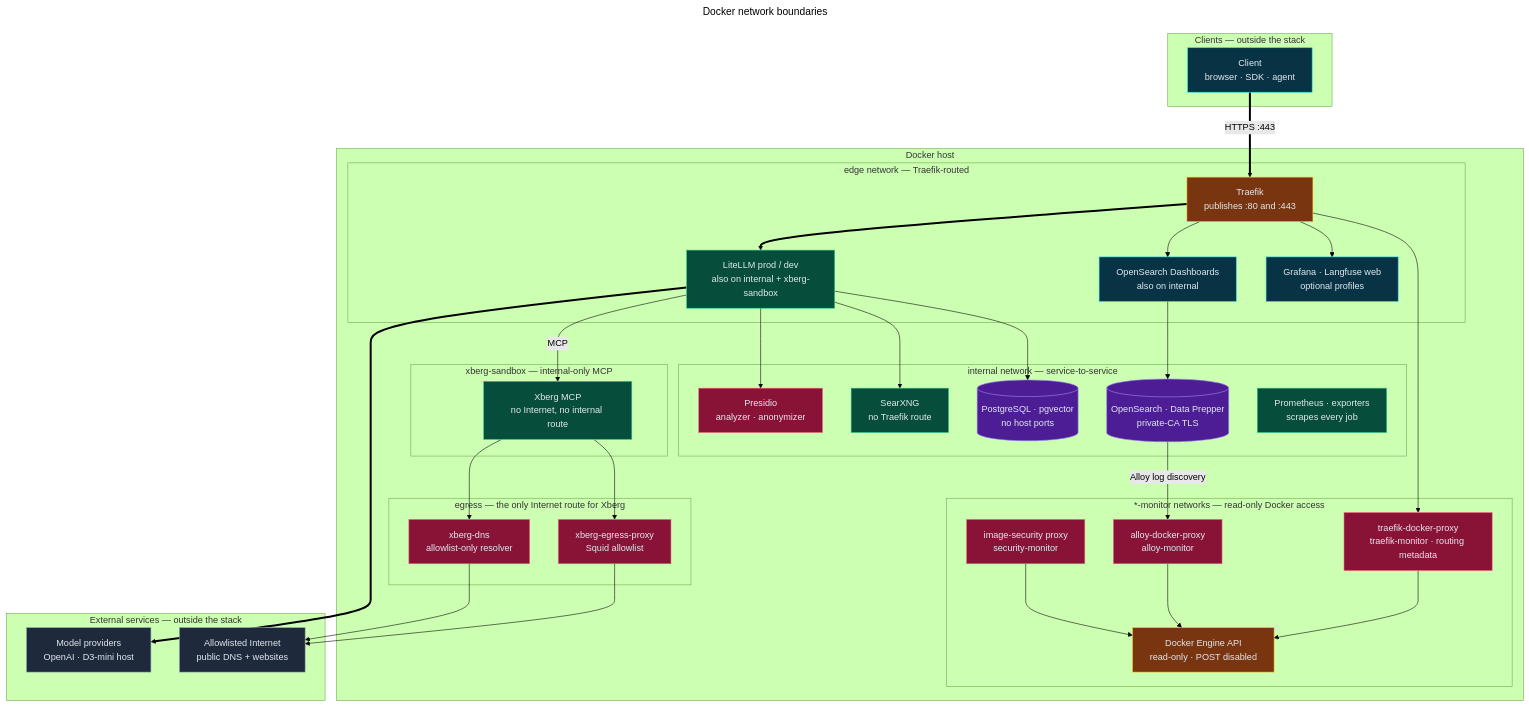
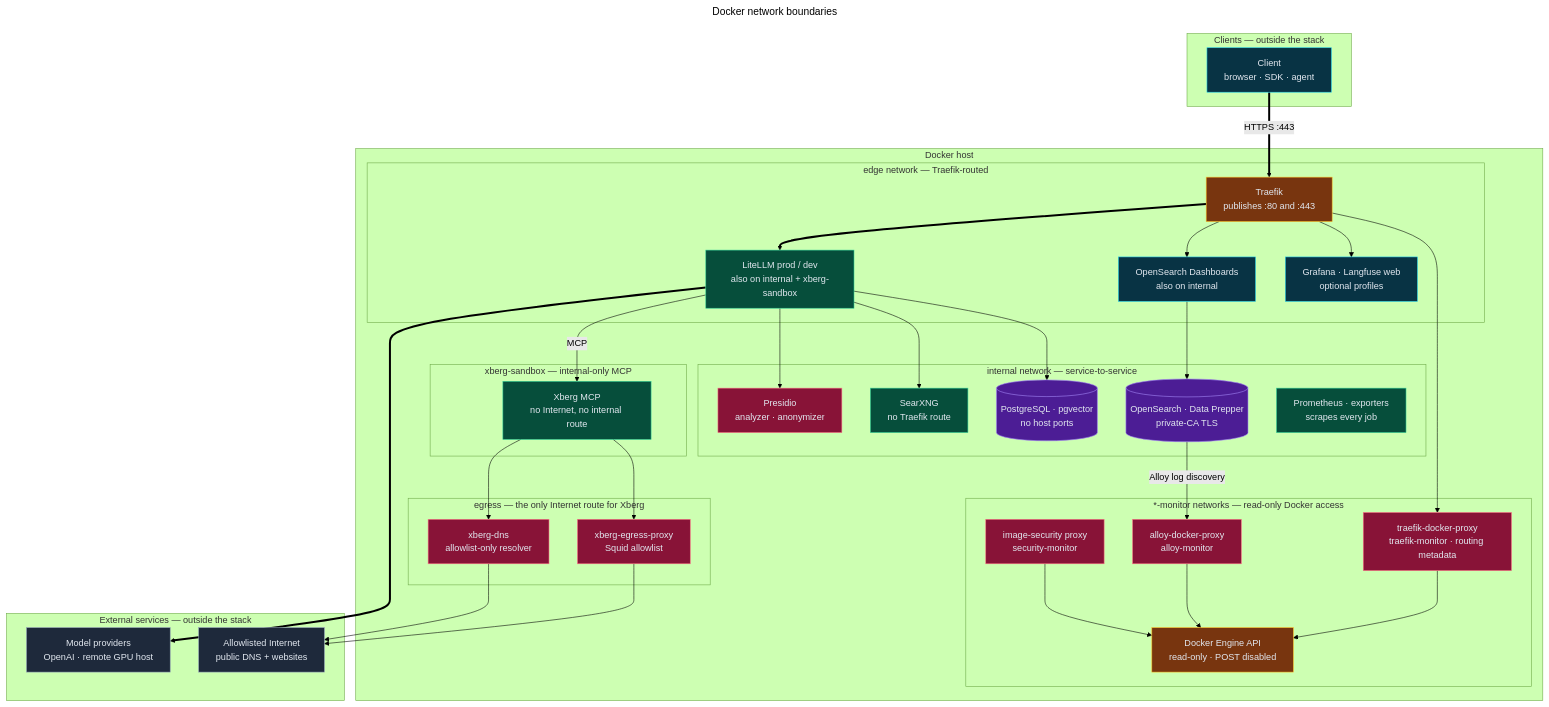
One commit to bella-1337/effective-spoon changed the diagram in diagrams/02-network-boundaries.mmd. Above: the diagram before and after it, drawn with Mermaid (forest theme). The commit also changed 46 other files, not shown here.

First line of the commit message:
Serve D3-mini and BGE-M3 from a separate GPU host stack

```diff
--- a/diagrams/02-network-boundaries.mmd
+++ b/diagrams/02-network-boundaries.mmd
@@ -1,86 +1,86 @@
 ---
 title: Docker network boundaries
 ---
 flowchart TD
   %% Source for 02-network-boundaries.html. Edit this file, then run ./scripts/render-diagrams.py.
   %% Directives: docs in diagrams/README.md (Updating diagrams).
   %% @mode architecture
   %% @subtitle Each Compose network is a trust zone; only Traefik publishes host ports
   %% @card cyan | Ingress | Only Traefik publishes host ports 80 and 443 | edge members are reachable only through a Traefik host rule | SearXNG, databases, and telemetry have no route from clients
   %% @card violet | Isolation | Xberg sits alone on xberg-sandbox with LiteLLM and its proxies | Its outbound HTTPS goes through Squid and its DNS through an allowlist-only resolver | opensearch-certs runs with no network at all
   %% @card rose | Docker socket | Traefik, Alloy, and the image scanner never mount the socket | Each reaches Docker through its own socket proxy on a dedicated network | The proxies allow read-only GET calls; POST is disabled
   %% @tier 0: CLI
   %% @tier 1: TR
   %% @tier 2: LL OSD WEBUI
   %% @tier 3: PR SX DB OS PM
   %% @tier 4: XB
   %% @tier 5: DNS SQ
   %% @tier 6: TDP ADP SDP
   %% @tier 7: DOCK
   %% @tier 8: PROV NET
   %% @journey #22d3ee: CLI TR LL PROV
   %% @journey #34d399: LL XB SQ NET
   %% @journey #fb7185: TR TDP DOCK
 
   subgraph CL["Clients — outside the stack"]
     CLI["Client<br/>browser · SDK · agent"]:::frontend
   end
   subgraph HOST["Docker host"]
     subgraph EDGE["edge network — Traefik-routed"]
       TR["Traefik<br/>publishes :80 and :443"]:::cloud
       LL["LiteLLM prod / dev<br/>also on internal + xberg-sandbox"]:::backend
       OSD["OpenSearch Dashboards<br/>also on internal"]:::frontend
       WEBUI["Grafana · Langfuse web<br/>optional profiles"]:::frontend
     end
     subgraph INT["internal network — service-to-service"]
       PR["Presidio<br/>analyzer · anonymizer"]:::security
       SX["SearXNG<br/>no Traefik route"]:::backend
       DB[("PostgreSQL · pgvector<br/>no host ports")]:::database
       OS[("OpenSearch · Data Prepper<br/>private-CA TLS")]:::database
       PM["Prometheus · exporters<br/>scrapes every job"]:::backend
     end
     subgraph SBX["xberg-sandbox — internal-only MCP"]
       XB["Xberg MCP<br/>no Internet, no internal route"]:::backend
     end
     subgraph EGR["egress — the only Internet route for Xberg"]
       DNS["xberg-dns<br/>allowlist-only resolver"]:::security
       SQ["xberg-egress-proxy<br/>Squid allowlist"]:::security
     end
     subgraph MON["*-monitor networks — read-only Docker access"]
       TDP["traefik-docker-proxy<br/>traefik-monitor · routing metadata"]:::security
       ADP["alloy-docker-proxy<br/>alloy-monitor"]:::security
       SDP["image-security proxy<br/>security-monitor"]:::security
       DOCK["Docker Engine API<br/>read-only · POST disabled"]:::cloud
     end
   end
   subgraph EX["External services — outside the stack"]
-    PROV["Model providers<br/>OpenAI · D3-mini host"]:::external
+    PROV["Model providers<br/>OpenAI · remote GPU host"]:::external
     NET["Allowlisted Internet<br/>public DNS + websites"]:::external
   end
 
   CLI ==>|"HTTPS :443"| TR
   TR ==> LL
   TR --> OSD
   TR --> WEBUI
   LL --> PR
   LL --> SX
   LL --> DB
   OSD --> OS
   LL -->|"MCP"| XB
   XB --> DNS
   XB --> SQ
   TR --> TDP
   OS -->|"Alloy log discovery"| ADP
   TDP --> DOCK
   ADP --> DOCK
   SDP --> DOCK
   LL ==> PROV
   SQ --> NET
   DNS --> NET
 
   classDef backend fill:#064e3b,stroke:#34d399,color:#e2e8f0
   classDef cloud fill:#78350f,stroke:#fbbf24,color:#e2e8f0
   classDef database fill:#4c1d95,stroke:#a78bfa,color:#e2e8f0
   classDef external fill:#1e293b,stroke:#94a3b8,color:#e2e8f0
   classDef frontend fill:#083344,stroke:#22d3ee,color:#e2e8f0
   classDef security fill:#881337,stroke:#fb7185,color:#e2e8f0
```
